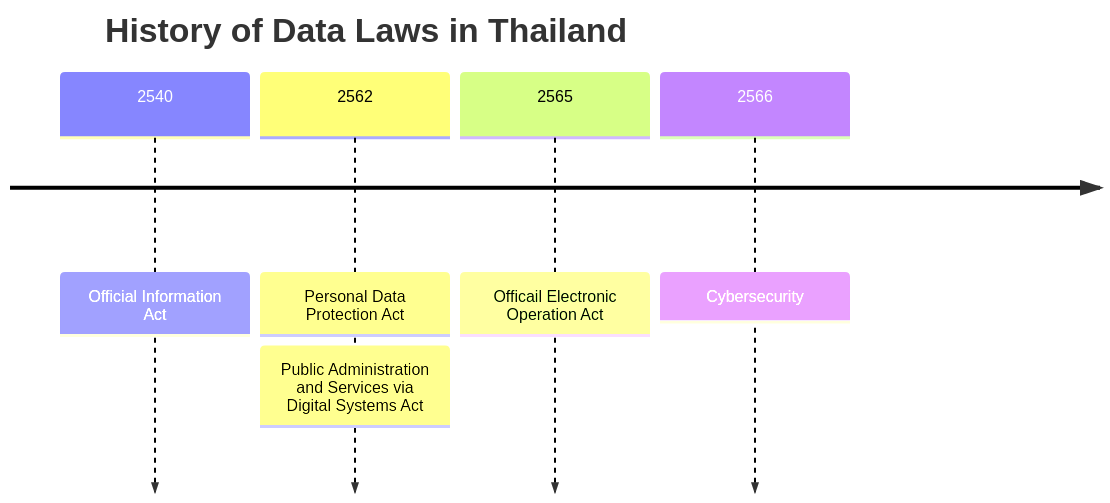
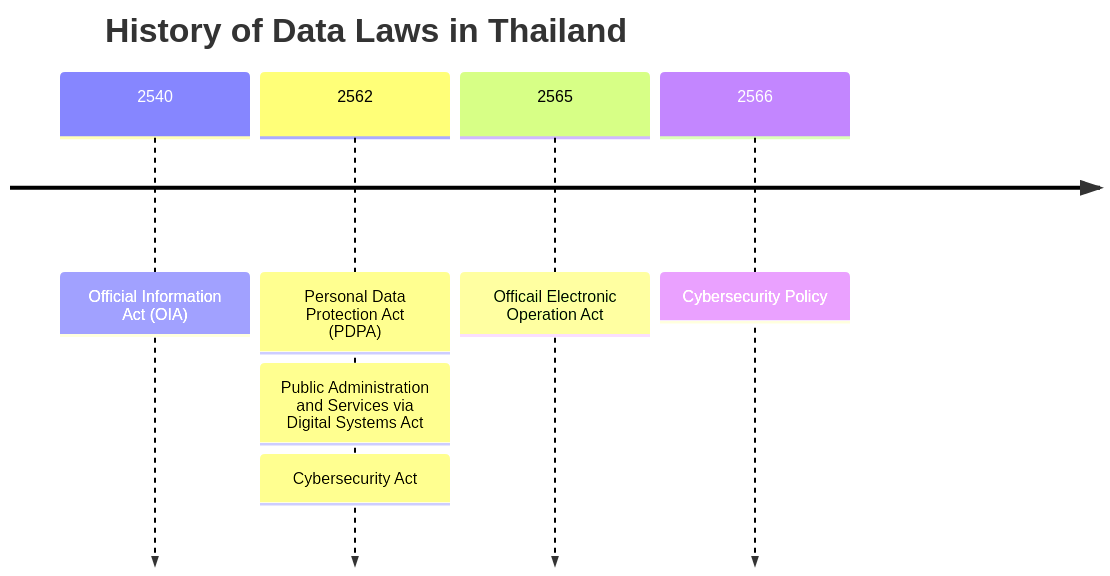
One commit to Kietpawpan/pdpa changed the first of 9 diagrams in README.md. Above: the diagram before and after it, drawn with Mermaid.

````diff
--- a/README.md
+++ b/README.md
@@ -2,9 +2,10 @@
 ```mermaid
 timeline
     title History of Data Laws in Thailand
-    2540 : Official Information Act
-    2562 : Personal Data Protection Act
+    2540 : Official Information Act (OIA)
+    2562 : Personal Data Protection Act (PDPA)
          : Public Administration and Services via Digital Systems Act
+	 : Cybersecurity Act
     2565 : Officail Electronic Operation Act
-    2566 : Cybersecurity
+    2566 : Cybersecurity Policy
 ```
````
